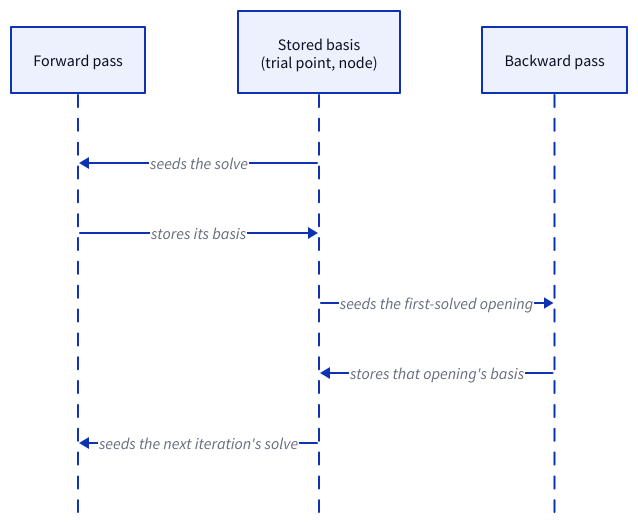
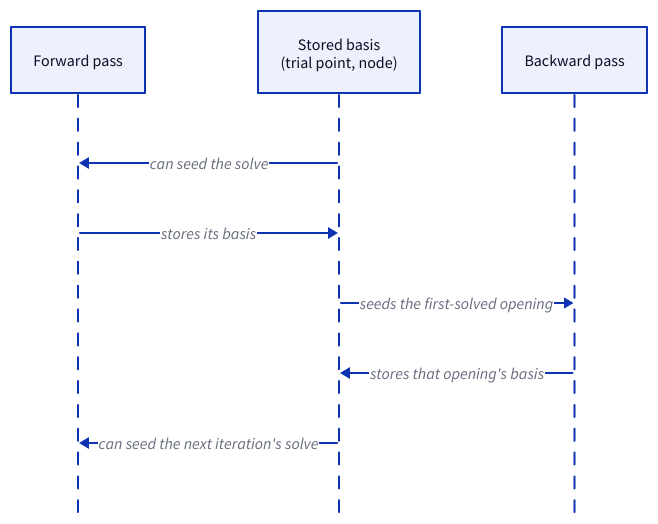
One commit to cobre-rs/cobre-docs changed the diagram in src/content/docs/math/lp-warm-start.mdx. Above: the diagram before and after it, drawn with D2. The commit also changed other lines of this file and 11 other files, not shown here.

````diff
--- a/src/content/docs/math/lp-warm-start.mdx
+++ b/src/content/docs/math/lp-warm-start.mdx
@@ -67,12 +71,12 @@
 ```d2
 shape: sequence_diagram
 fwd: Forward pass
 slot: Stored basis\n(trial point, node)
 bwd: Backward pass
 
-slot -> fwd: seeds the solve
+slot -> fwd: can seed the solve
 fwd -> slot: stores its basis
 slot -> bwd: seeds the first-solved opening
 bwd -> slot: stores that opening's basis
-slot -> fwd: seeds the next iteration's solve
+slot -> fwd: can seed the next iteration's solve
 ```
````
